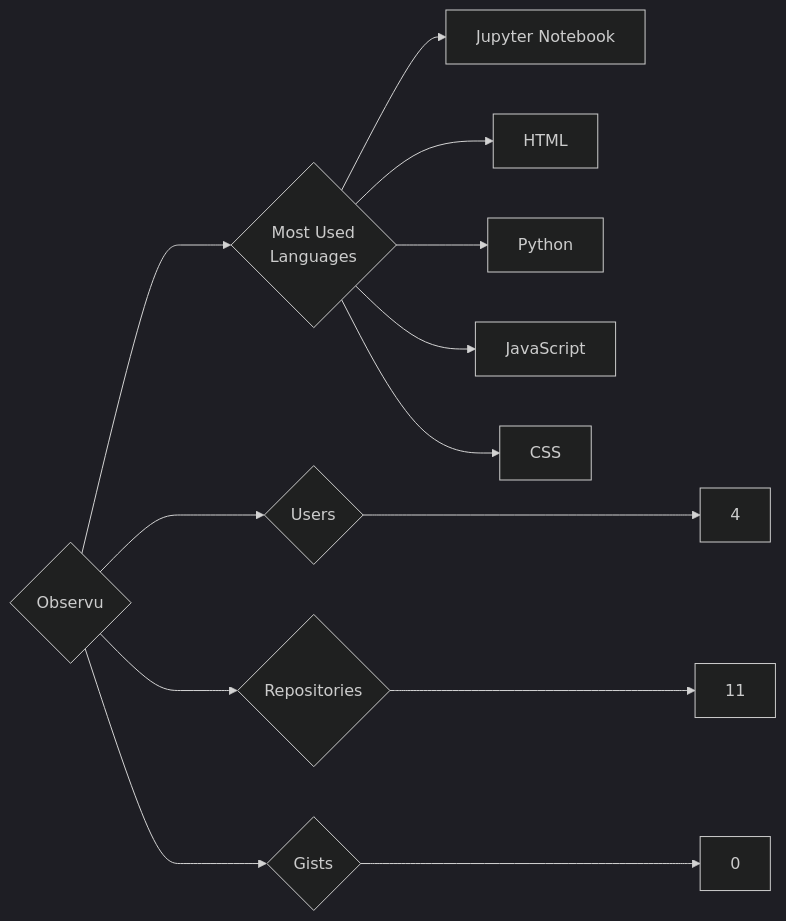
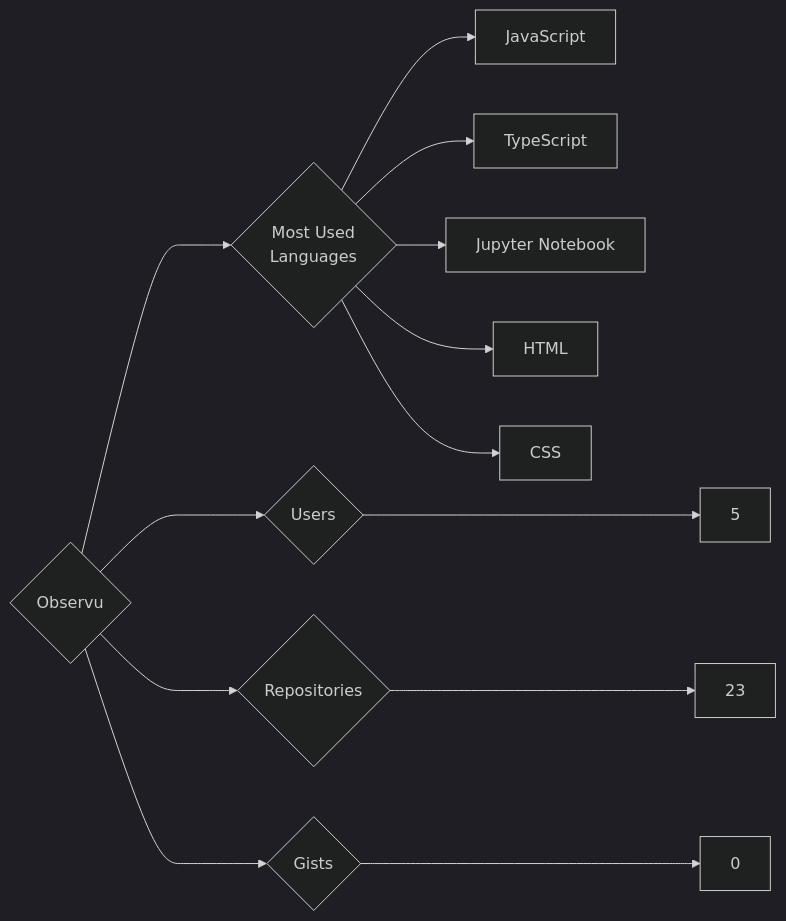
One commit to trickest/insiders changed the diagram in targets/Observu/README.md. Above: the diagram before and after it, drawn with Mermaid (dark theme). The commit also changed 1496 other files, not shown here.

````diff
--- a/targets/Observu/README.md
+++ b/targets/Observu/README.md
@@ -3,13 +3,13 @@
 ```mermaid
 graph LR
 COMPANY_NAME{Observu}
-COMPANY_NAME ---> U{Users} ---> UN[4]
-COMPANY_NAME ---> R{Repositories} ---> RN[11]
+COMPANY_NAME ---> U{Users} ---> UN[5]
+COMPANY_NAME ---> R{Repositories} ---> RN[23]
 COMPANY_NAME ---> G{Gists} ---> GN[0]
 COMPANY_NAME ---> ML{Most Used<br>Languages}
+ML --> JavaScript[JavaScript]
+ML --> TypeScript[TypeScript]
 ML --> Jupyter_Notebook[Jupyter Notebook]
 ML --> HTML[HTML]
-ML --> Python[Python]
-ML --> JavaScript[JavaScript]
 ML --> CSS[CSS]
 ```
````
